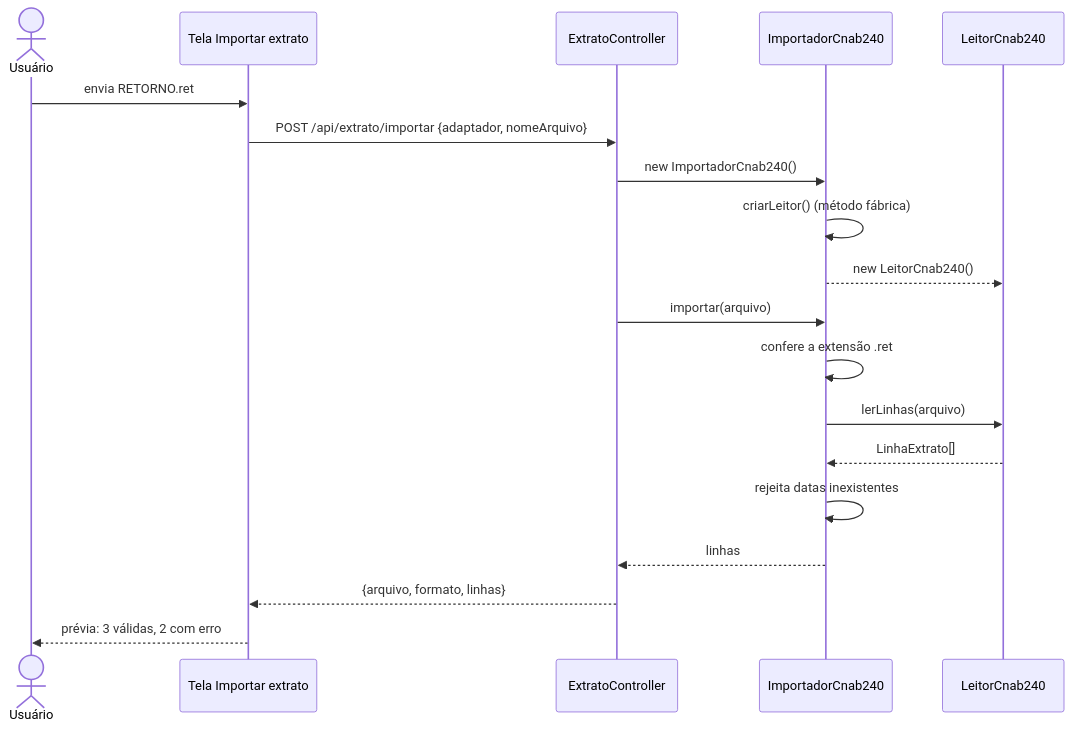
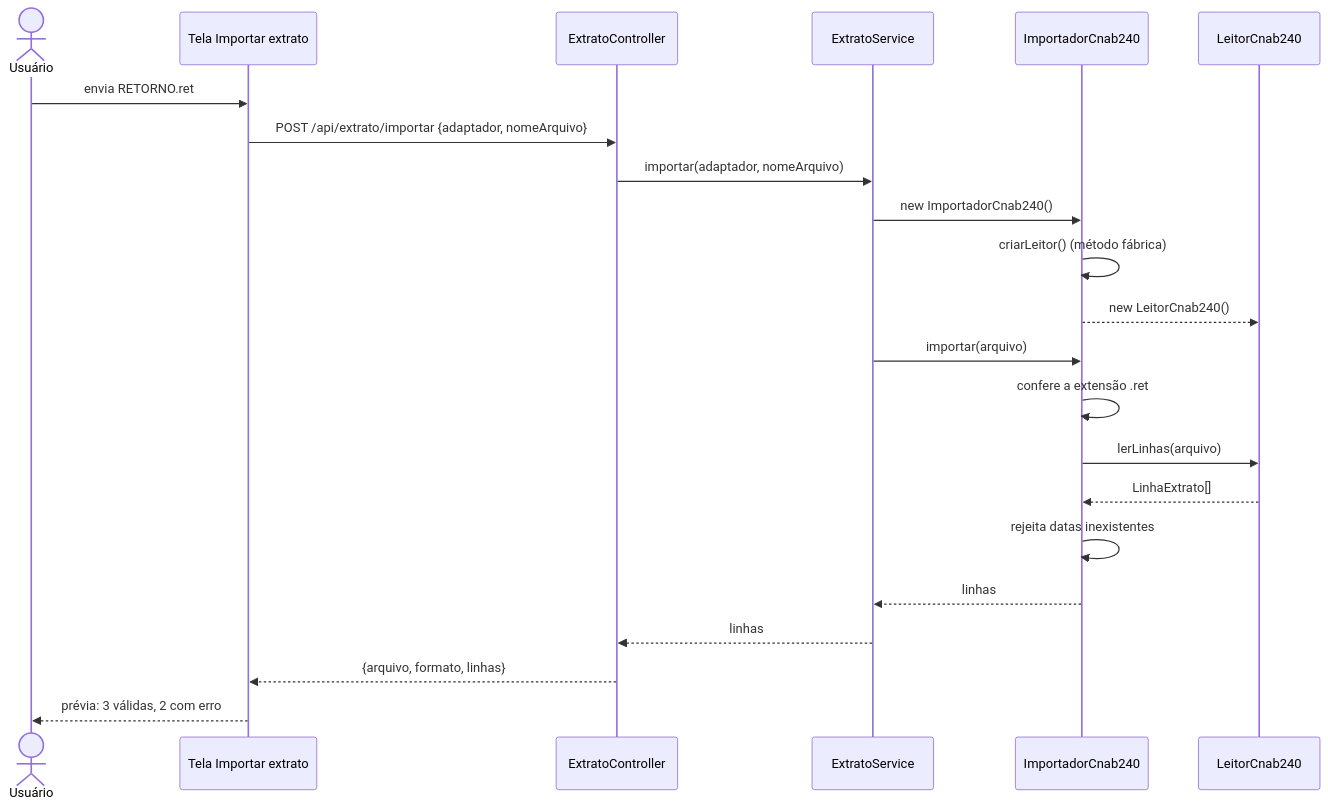
The second of 7 diagrams in README.md (g-celente/core-conta-flow), drawn with Mermaid before and after one commit. The commit also changed other lines of this file and 183 other files, not shown here.

````diff
--- a/README.md
+++ b/README.md
@@ -193,21 +202,24 @@
 ```mermaid
 sequenceDiagram
     actor U as Usuário
     participant T as Tela Importar extrato
     participant C as ExtratoController
+    participant S as ExtratoService
     participant I as ImportadorCnab240
     participant L as LeitorCnab240
     U->>T: envia RETORNO.ret
     T->>C: POST /api/extrato/importar {adaptador, nomeArquivo}
-    C->>I: new ImportadorCnab240()
+    C->>S: importar(adaptador, nomeArquivo)
+    S->>I: new ImportadorCnab240()
     I->>I: criarLeitor() (método fábrica)
     I-->>L: new LeitorCnab240()
-    C->>I: importar(arquivo)
+    S->>I: importar(arquivo)
     I->>I: confere a extensão .ret
     I->>L: lerLinhas(arquivo)
     L-->>I: LinhaExtrato[]
     I->>I: rejeita datas inexistentes
-    I-->>C: linhas
+    I-->>S: linhas
+    S-->>C: linhas
     C-->>T: {arquivo, formato, linhas}
     T-->>U: prévia: 3 válidas, 2 com erro
 ```
````
